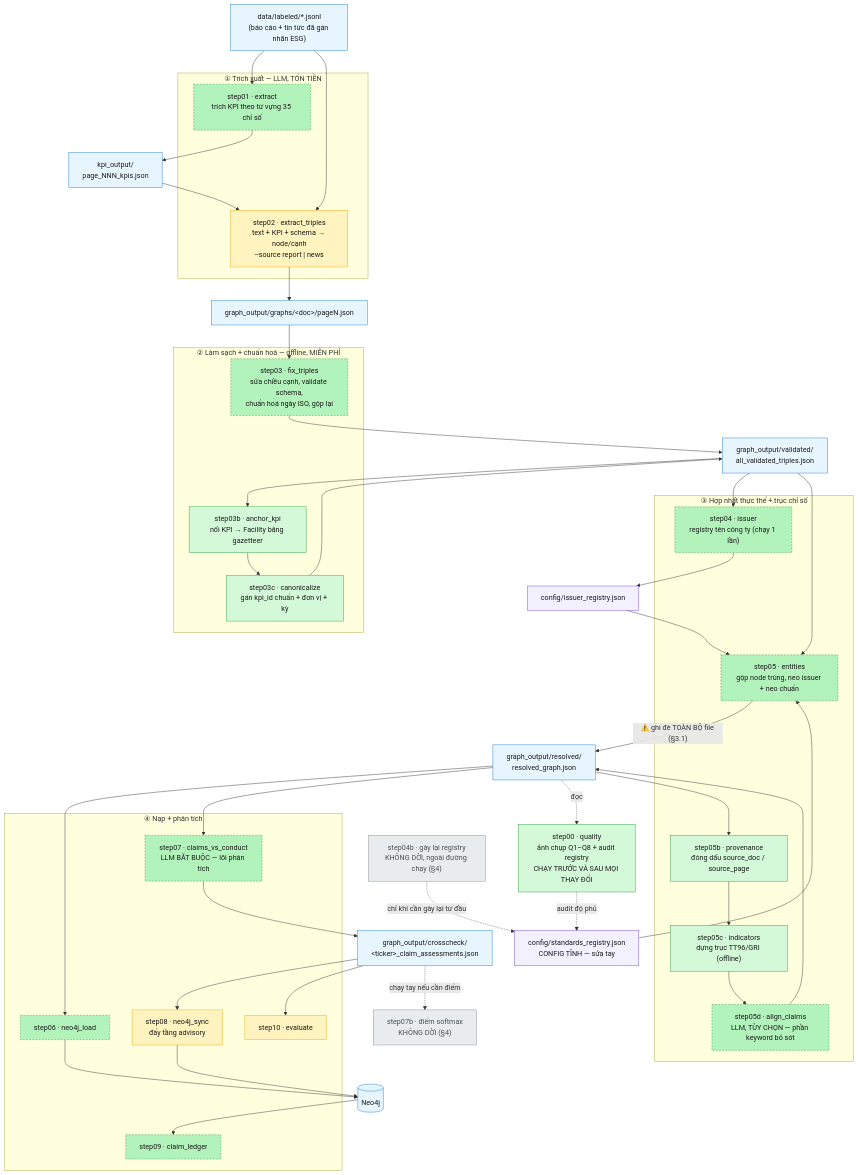
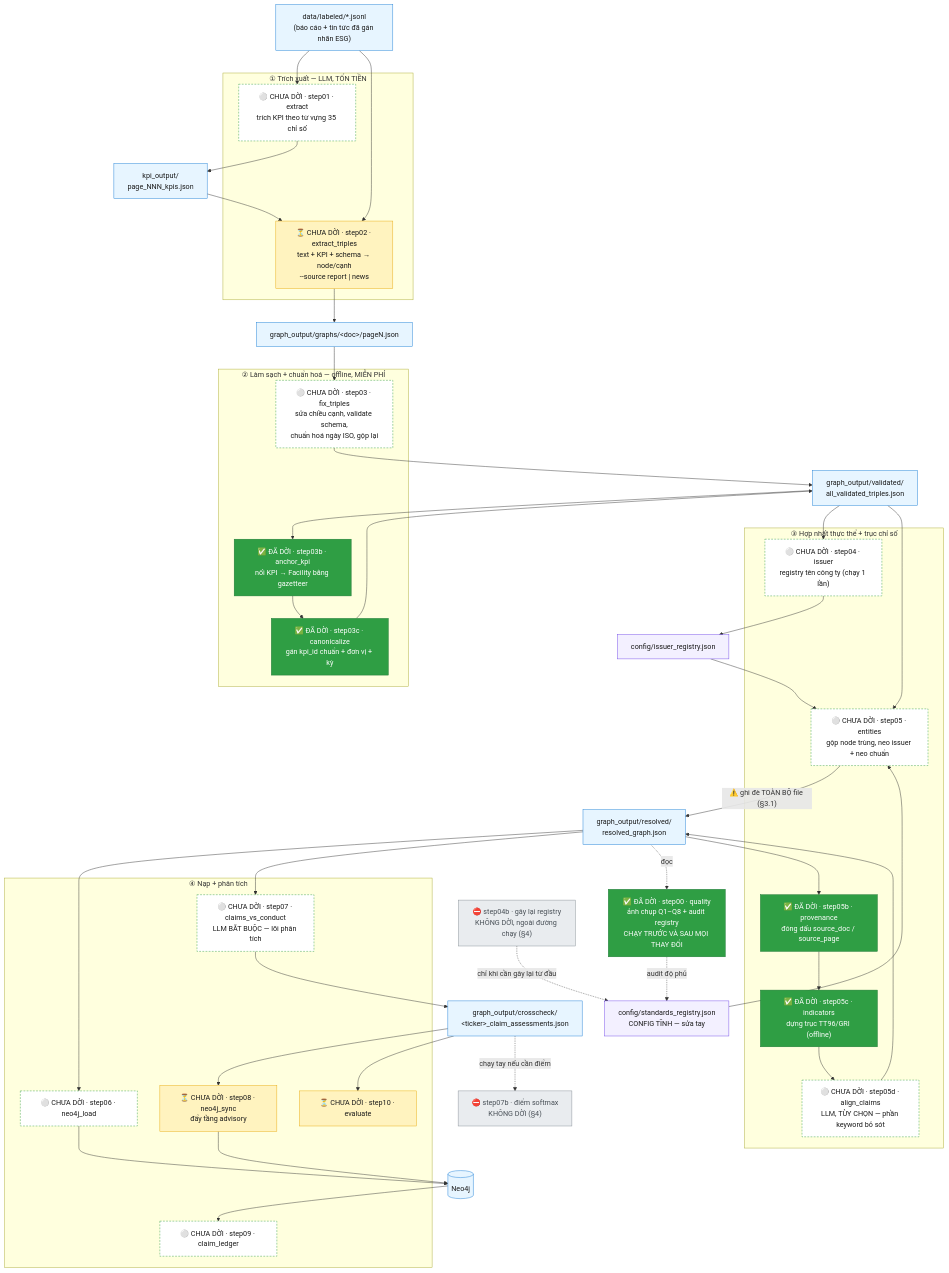
Before and after one commit to TranBaDat2607/capstone_test1: the first of 4 diagrams in src_module/PIPELINE.md, drawn with Mermaid. The commit also changed other lines of this file, not shown here.

````diff
--- a/src_module/PIPELINE.md
+++ b/src_module/PIPELINE.md
@@ -26,72 +31,72 @@
 ```mermaid
 flowchart TD
-    classDef migrated fill:#d3f9d8,stroke:#2f9e44,color:#1a1a1a
-    classDef ready    fill:#b2f2bb,stroke:#2f9e44,stroke-dasharray:4 3,color:#1a1a1a
+    classDef migrated fill:#2f9e44,stroke:#1a7431,color:#ffffff
+    classDef ready    fill:#ffffff,stroke:#2f9e44,stroke-dasharray:4 3,color:#1a1a1a
     classDef pending  fill:#fff3bf,stroke:#e8a90c,color:#1a1a1a
     classDef notport  fill:#e9ecef,stroke:#868e96,color:#495057
     classDef data     fill:#e7f5ff,stroke:#1c7ed6,color:#1a1a1a
     classDef cfg      fill:#f3f0ff,stroke:#7048e8,color:#1a1a1a
 
     JSONL["data/labeled/*.jsonl<br/>(báo cáo + tin tức đã gán nhãn ESG)"]:::data
 
     subgraph P1["① Trích xuất — LLM, TỐN TIỀN"]
-        S01["step01 · extract<br/>trích KPI theo từ vựng 35 chỉ số"]:::ready
-        S02["step02 · extract_triples<br/>text + KPI + schema → node/cạnh<br/>--source report | news"]:::pending
+        S01["⚪ CHƯA DỜI · step01 · extract<br/>trích KPI theo từ vựng 35 chỉ số"]:::ready
+        S02["⏳ CHƯA DỜI · step02 · extract_triples<br/>text + KPI + schema → node/cạnh<br/>--source report | news"]:::pending
     end
 
     KPIOUT["kpi_output/<br/>page_NNN_kpis.json"]:::data
     GRAPHS["graph_output/graphs/&lt;doc&gt;/pageN.json"]:::data
 
     subgraph P2["② Làm sạch + chuẩn hoá — offline, MIỄN PHÍ"]
-        S03["step03 · fix_triples<br/>sửa chiều cạnh, validate schema,<br/>chuẩn hoá ngày ISO, gộp lại"]:::ready
-        S03B["step03b · anchor_kpi<br/>nối KPI → Facility bằng gazetteer"]:::migrated
-        S03C["step03c · canonicalize<br/>gán kpi_id chuẩn + đơn vị + kỳ"]:::migrated
+        S03["⚪ CHƯA DỜI · step03 · fix_triples<br/>sửa chiều cạnh, validate schema,<br/>chuẩn hoá ngày ISO, gộp lại"]:::ready
+        S03B["✅ ĐÃ DỜI · step03b · anchor_kpi<br/>nối KPI → Facility bằng gazetteer"]:::migrated
+        S03C["✅ ĐÃ DỜI · step03c · canonicalize<br/>gán kpi_id chuẩn + đơn vị + kỳ"]:::migrated
     end
 
     VALID["graph_output/validated/<br/>all_validated_triples.json"]:::data
 
     subgraph P3["③ Hợp nhất thực thể + trục chỉ số"]
-        S04["step04 · issuer<br/>registry tên công ty (chạy 1 lần)"]:::ready
-        S05["step05 · entities<br/>gộp node trùng, neo issuer + neo chuẩn"]:::ready
-        S05B["step05b · provenance<br/>đóng dấu source_doc / source_page"]:::migrated
-        S05C["step05c · indicators<br/>dựng trục TT96/GRI (offline)"]:::migrated
-        S05D["step05d · align_claims<br/>LLM, TÙY CHỌN — phần keyword bỏ sót"]:::ready
+        S04["⚪ CHƯA DỜI · step04 · issuer<br/>registry tên công ty (chạy 1 lần)"]:::ready
+        S05["⚪ CHƯA DỜI · step05 · entities<br/>gộp node trùng, neo issuer + neo chuẩn"]:::ready
+        S05B["✅ ĐÃ DỜI · step05b · provenance<br/>đóng dấu source_doc / source_page"]:::migrated
+        S05C["✅ ĐÃ DỜI · step05c · indicators<br/>dựng trục TT96/GRI (offline)"]:::migrated
+        S05D["⚪ CHƯA DỜI · step05d · align_claims<br/>LLM, TÙY CHỌN — phần keyword bỏ sót"]:::ready
     end
 
     RESOLVED["graph_output/resolved/<br/>resolved_graph.json"]:::data
 
     subgraph P4["④ Nạp + phân tích"]
-        S06["step06 · neo4j_load"]:::ready
-        S07["step07 · claims_vs_conduct<br/>LLM BẮT BUỘC — lõi phân tích"]:::ready
-        S08["step08 · neo4j_sync<br/>đẩy tầng advisory"]:::pending
-        S09["step09 · claim_ledger"]:::ready
-        S10["step10 · evaluate"]:::pending
+        S06["⚪ CHƯA DỜI · step06 · neo4j_load"]:::ready
+        S07["⚪ CHƯA DỜI · step07 · claims_vs_conduct<br/>LLM BẮT BUỘC — lõi phân tích"]:::ready
+        S08["⏳ CHƯA DỜI · step08 · neo4j_sync<br/>đẩy tầng advisory"]:::pending
+        S09["⚪ CHƯA DỜI · step09 · claim_ledger"]:::ready
+        S10["⏳ CHƯA DỜI · step10 · evaluate"]:::pending
     end
 
     REGI["config/issuer_registry.json"]:::cfg
     REGS["config/standards_registry.json<br/>CONFIG TĨNH — sửa tay"]:::cfg
     DOSSIER["graph_output/crosscheck/<br/>&lt;ticker&gt;_claim_assessments.json"]:::data
     NEO[("Neo4j")]:::data
 
-    S00["step00 · quality<br/>ảnh chụp Q1–Q8 + audit registry<br/>CHẠY TRƯỚC VÀ SAU MỌI THAY ĐỔI"]:::migrated
-    S07B["step07b · điểm softmax<br/>KHÔNG DỜI (§4)"]:::notport
-    S04B["step04b · gây lại registry<br/>KHÔNG DỜI, ngoài đường chạy (§4)"]:::notport
+    S00["✅ ĐÃ DỜI · step00 · quality<br/>ảnh chụp Q1–Q8 + audit registry<br/>CHẠY TRƯỚC VÀ SAU MỌI THAY ĐỔI"]:::migrated
+    S07B["⛔ step07b · điểm softmax<br/>KHÔNG DỜI (§4)"]:::notport
+    S04B["⛔ step04b · gây lại registry<br/>KHÔNG DỜI, ngoài đường chạy (§4)"]:::notport
 
     JSONL --> S01 --> KPIOUT --> S02
     JSONL --> S02 --> GRAPHS --> S03 --> VALID
     VALID --> S03B --> S03C --> VALID
     VALID --> S04 --> REGI --> S05
     REGS --> S05
     VALID --> S05
     S05 -->|"⚠️ ghi đè TOÀN BỘ file (§3.1)"| RESOLVED
     RESOLVED --> S05B --> S05C --> S05D --> RESOLVED
     RESOLVED --> S06 --> NEO
     RESOLVED --> S07 --> DOSSIER --> S08 --> NEO
     NEO --> S09
     DOSSIER --> S10
 
     RESOLVED -.->|"đọc"| S00
     S00 -.->|"audit độ phủ"| REGS
     S04B -.->|"chỉ khi cần gây lại từ đầu"| REGS
     DOSSIER -.->|"chạy tay nếu cần điểm"| S07B
 ```
````
